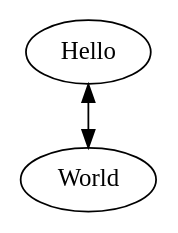
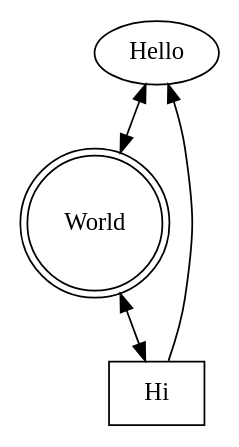
Before and after one commit to bBibyk/PySos: the diagram in try/test.dot, drawn with Graphviz. The commit also changed 4 other files, not shown here.

```diff
--- a/try/test.dot
+++ b/try/test.dot
@@ -1,6 +1,9 @@
 digraph G {
     concentrate=true
     Hello->World
+    Hi -> {Hello World}
     World->Hello
-
+    World -> Hi
+    Hi [shape=box]
+    World [shape=doublecircle]
     }
```
